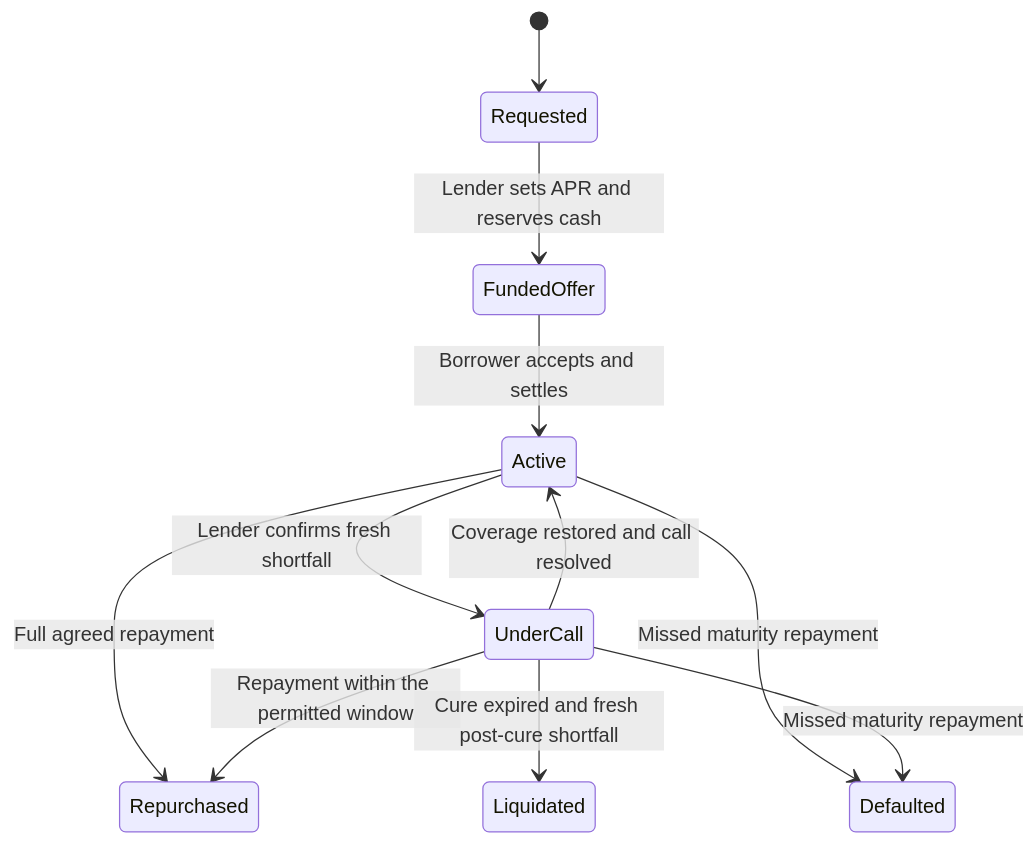
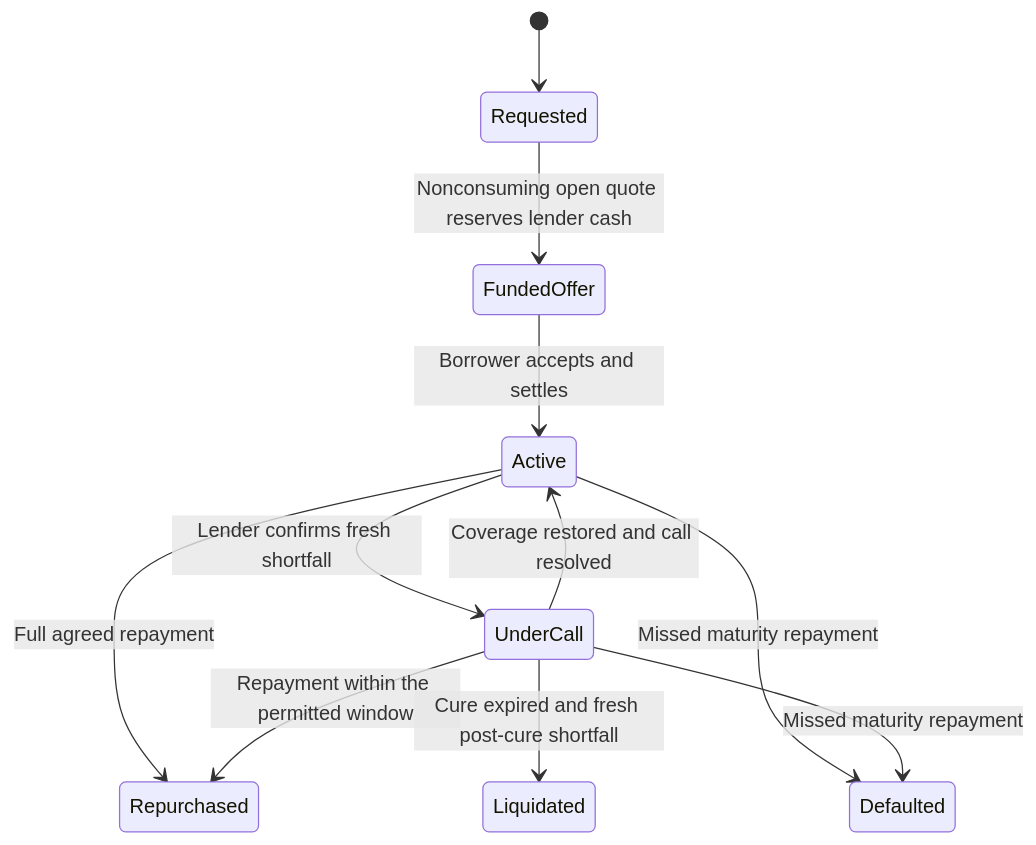
The diagram in docs/gitbook/how-it-works/lifecycle.md (EndPx/symbolon), drawn with Mermaid before and after one commit. The commit also changed other lines of this file and 49 other files, not shown here.

````diff
--- a/docs/gitbook/how-it-works/lifecycle.md
+++ b/docs/gitbook/how-it-works/lifecycle.md
@@ -5,13 +5,13 @@
 ```mermaid
 stateDiagram-v2
     [*] --> Requested
-    Requested --> FundedOffer: Lender sets APR and reserves cash
+    Requested --> FundedOffer: Nonconsuming open quote reserves lender cash
     FundedOffer --> Active: Borrower accepts and settles
     Active --> UnderCall: Lender confirms fresh shortfall
     UnderCall --> Active: Coverage restored and call resolved
     Active --> Repurchased: Full agreed repayment
     UnderCall --> Repurchased: Repayment within the permitted window
     UnderCall --> Liquidated: Cure expired and fresh post-cure shortfall
     Active --> Defaulted: Missed maturity repayment
     UnderCall --> Defaulted: Missed maturity repayment
 ```
````
